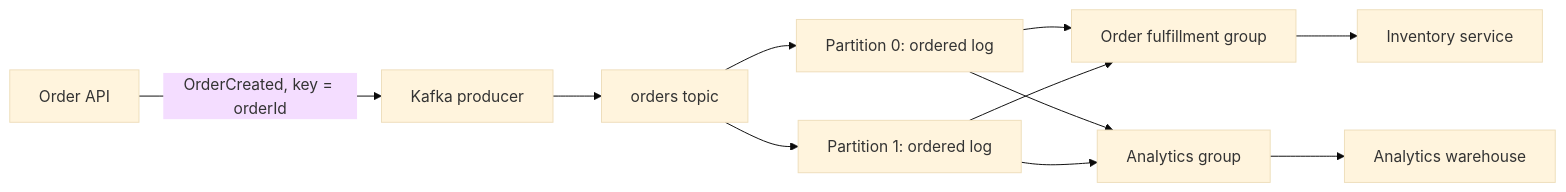
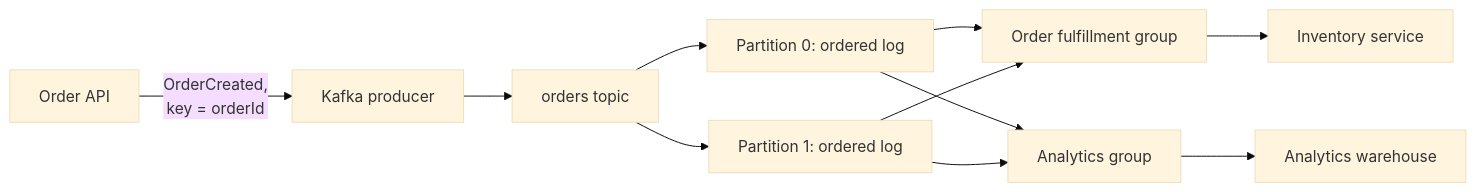
One commit to Yash-777/CodeTrove changed the diagram in src/data/topics/messaging/kafka/content.md. Above: the diagram before and after it, drawn with Mermaid (base theme). The commit also changed 8 other files, not shown here.

First line of the commit message:
feat(content): add Mermaid lightbox and expand/collapse-all for details

````diff
--- a/src/data/topics/messaging/kafka/content.md
+++ b/src/data/topics/messaging/kafka/content.md
@@ -15,13 +15,13 @@
 ```mermaid
 flowchart LR
-  Source[Order API] -->|OrderCreated, key = orderId| Producer[Kafka producer]
+  Source[Order API] -->|OrderCreated,<br/>key = orderId| Producer[Kafka producer]
   Producer --> Topic[orders topic]
   Topic --> P0[Partition 0: ordered log]
   Topic --> P1[Partition 1: ordered log]
   P0 --> Fulfillment[Order fulfillment group]
   P1 --> Fulfillment
   P0 --> Analytics[Analytics group]
   P1 --> Analytics
   Fulfillment --> Inventory[Inventory service]
   Analytics --> Warehouse[Analytics warehouse]
 ```
````
